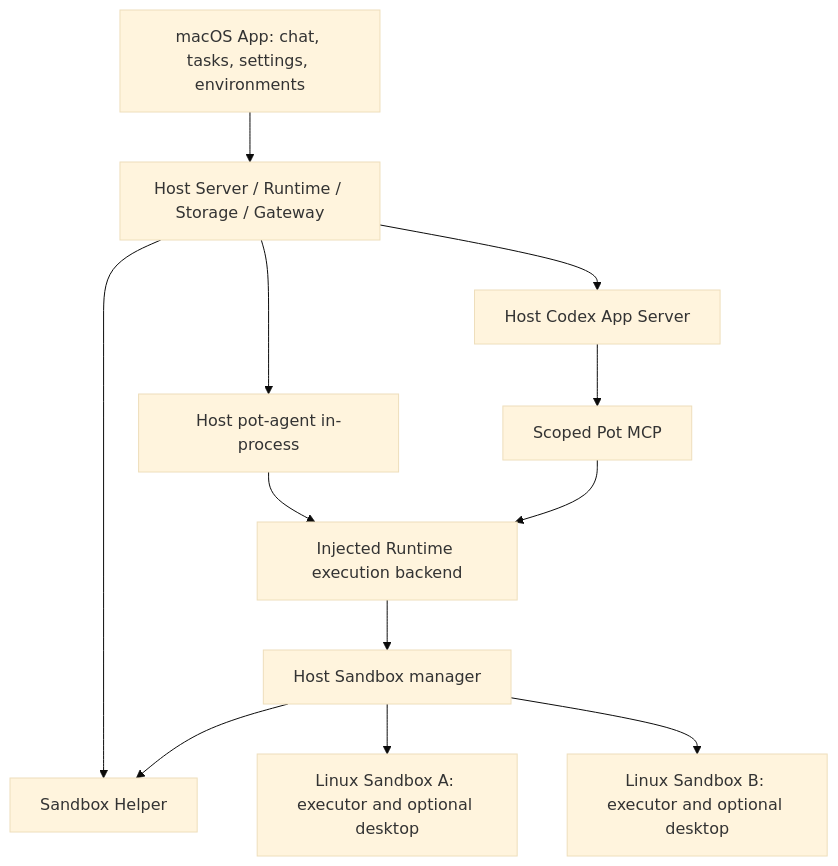
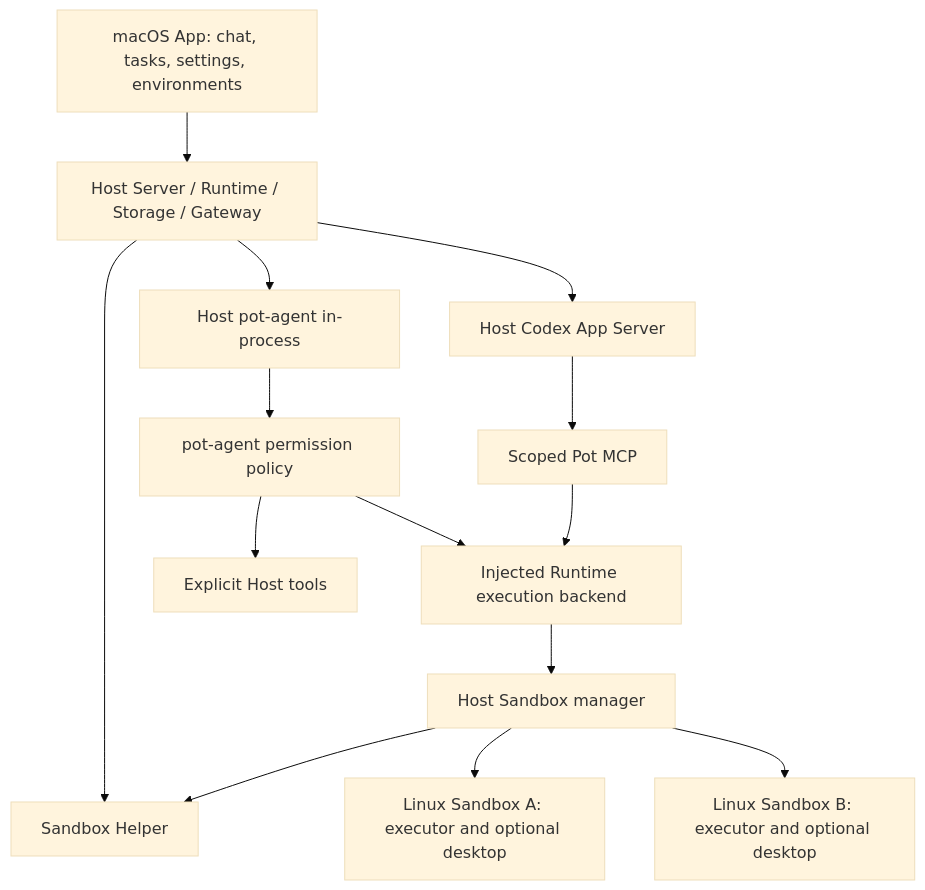
Before and after one commit to jjyr/pot: the diagram in docs/architecture.md, drawn with Mermaid (base theme). The commit also changed other lines of this file and 39 other files, not shown here.

Commit message:
Add agent-owned permissions with explicit approvals and editable grants

````diff
--- a/docs/architecture.md
+++ b/docs/architecture.md
@@ -7,14 +7,16 @@
 ```mermaid
 flowchart TB
     App[macOS App: chat, tasks, settings, environments] --> Server[Host Server / Runtime / Storage / Gateway]
     Server --> Helper[Sandbox Helper]
     Server --> Pot[Host pot-agent in-process]
     Server --> Codex[Host Codex App Server]
-    Pot --> Tools[Injected Runtime execution backend]
+    Pot --> Permission[pot-agent permission policy]
+    Permission --> Host[Explicit Host tools]
+    Permission --> Tools[Injected Runtime execution backend]
     Codex --> MCP[Scoped Pot MCP]
     MCP --> Tools
     Tools --> Manager[Host Sandbox manager]
     Manager --> Helper
     Manager --> A[Linux Sandbox A: executor and optional desktop]
     Manager --> B[Linux Sandbox B: executor and optional desktop]
 ```
````
